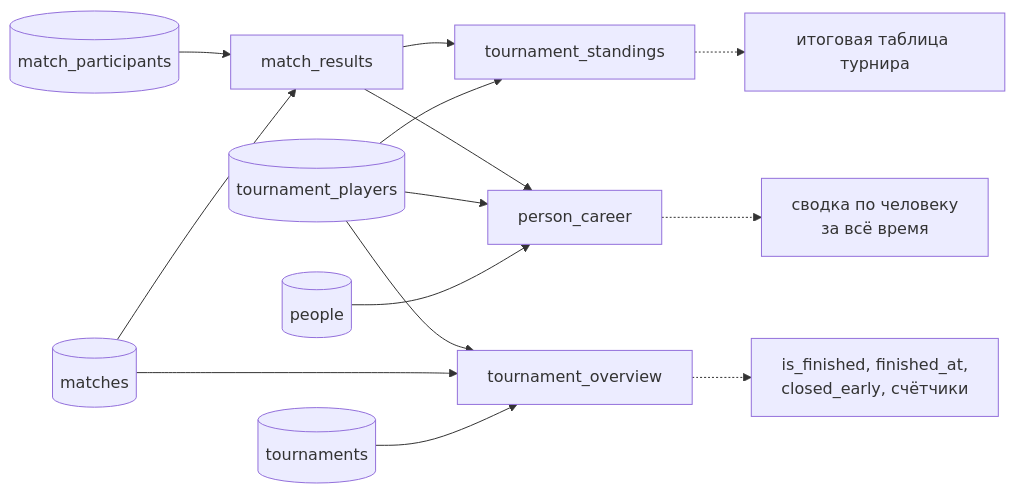
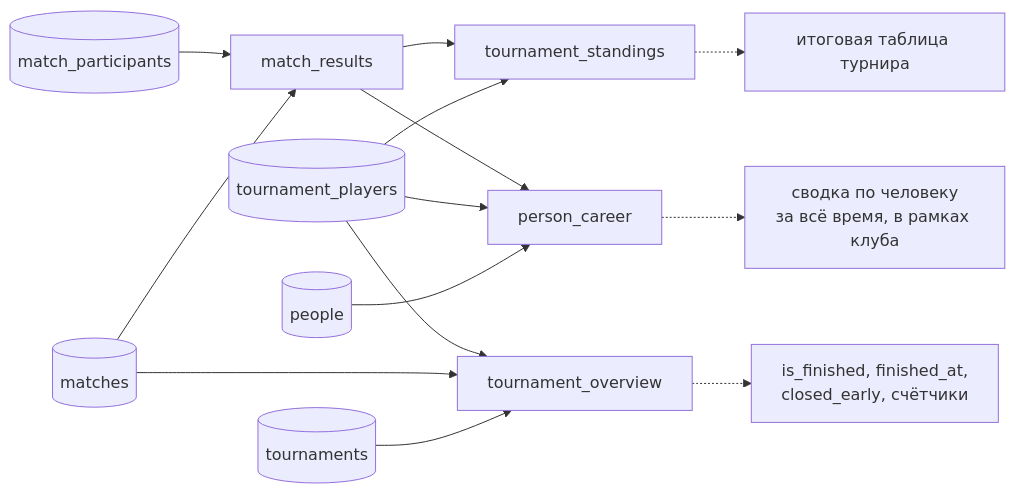
Before and after one commit to artempas/padel-tournaments: the third of 3 diagrams in db/schema.v2.md, drawn with Mermaid. The commit also changed other lines of this file and 47 other files, not shown here.

````diff
--- a/db/schema.v2.md
+++ b/db/schema.v2.md
@@ -139,17 +178,17 @@
 ```mermaid
 flowchart LR
     matches[(matches)]                       --> MR[match_results]
     mparts[(match_participants)]             --> MR
     people[(people)]                         --> PC[person_career]
     tplayers[(tournament_players)]           --> TS[tournament_standings]
     tplayers                                 --> PC
     MR --> TS[tournament_standings]
     MR --> PC
     tournaments[(tournaments)]               --> TO[tournament_overview]
     matches --> TO
     tplayers --> TO
 
     TO -.-> S1["is_finished, finished_at,<br/>closed_early, счётчики"]
     TS -.-> S2["итоговая таблица турнира"]
-    PC -.-> S3["сводка по человеку<br/>за всё время"]
+    PC -.-> S3["сводка по человеку<br/>за всё время, в рамках клуба"]
 ```
````
